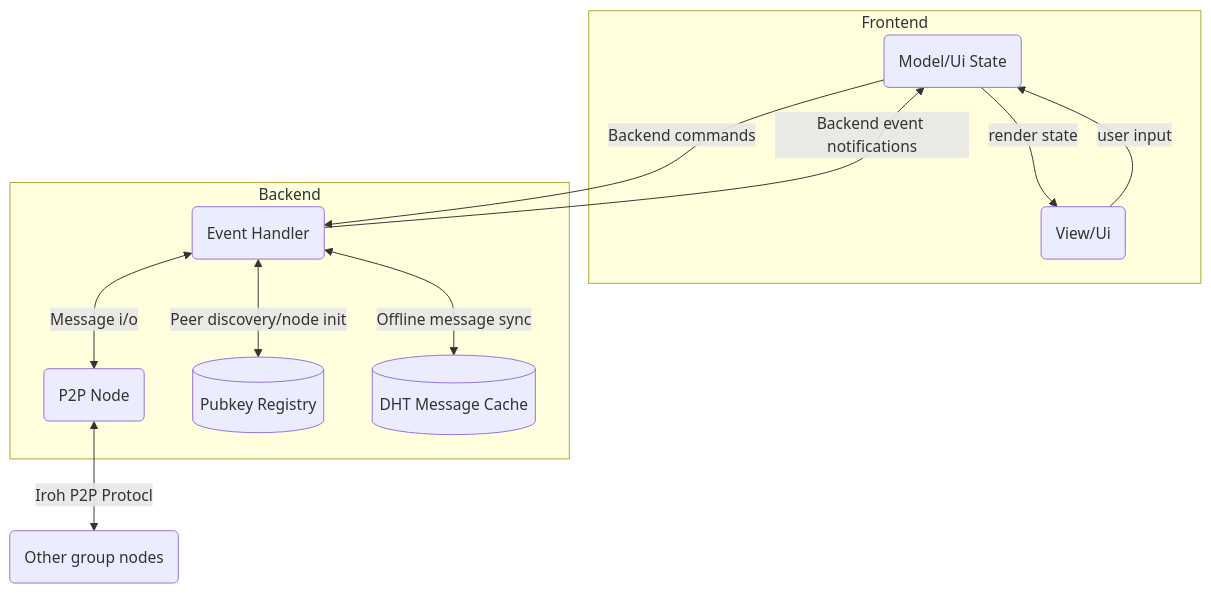
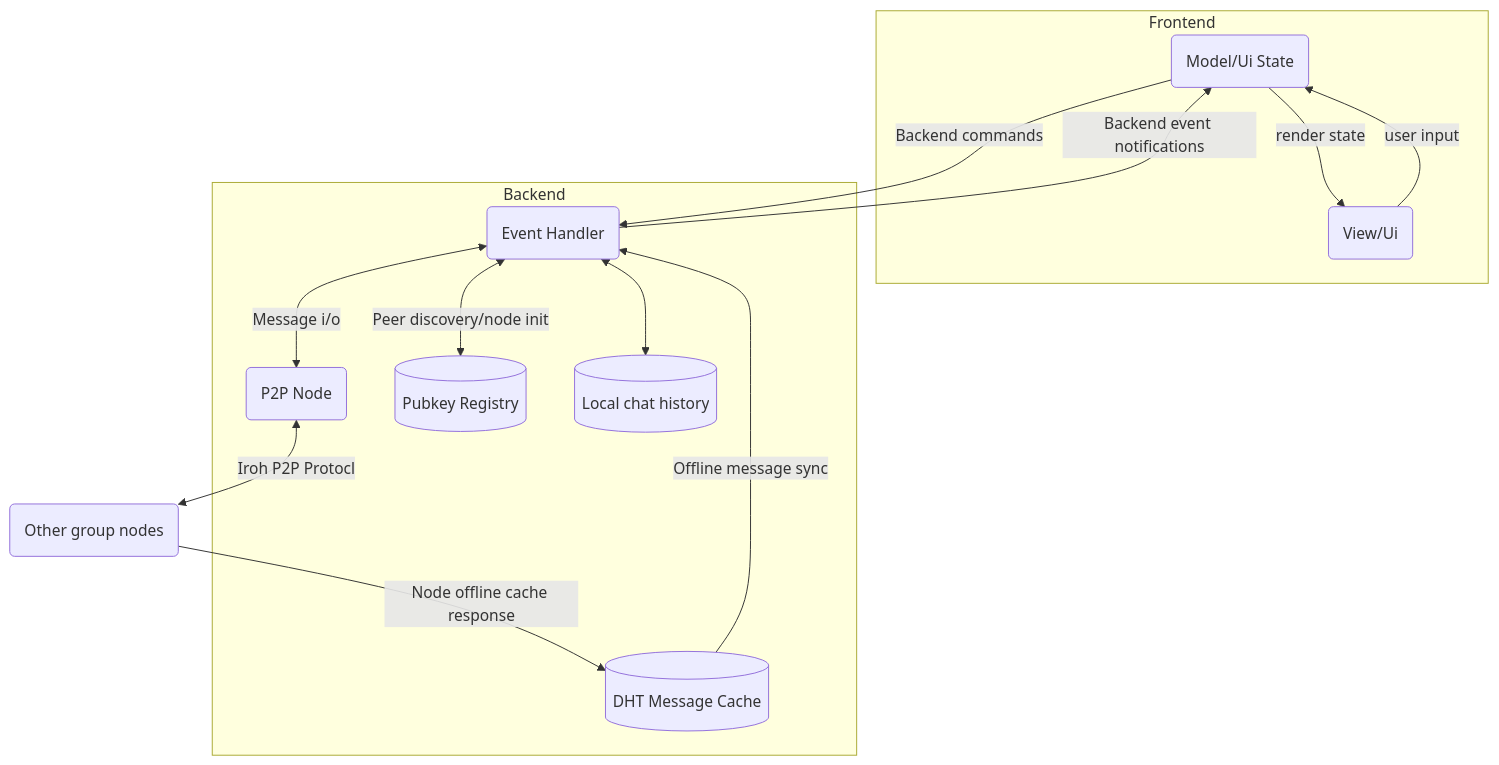
The diagram in README.md (GabrielNakamoto/juus), drawn with Mermaid before and after one commit. The commit also changed 1 other file, not shown here.

Commit message:
Architecture polishing

````diff
--- a/README.md
+++ b/README.md
@@ -7,15 +7,17 @@
 ```mermaid
 flowchart TD
     subgraph Frontend
         X(Model/Ui State) -->|render state| B(View/Ui)
         B -->|user input| X
     end
     subgraph Backend
         C(Event Handler) <-->|Message i/o| Y(P2P Node)
 		C <-->|Peer discovery/node init| D[(Pubkey Registry)]
-        C <-->|Offline message sync| F[(DHT Message Cache)]
+        F[(DHT Message Cache)] -->|Offline message sync| C
+        C <--> Z[(Local chat history)]
     end
     X -->|Backend commands|C
     C -->|Backend event notifications|X
     Y <-->|Iroh P2P Protocl| E(Other group nodes)
+    E -->|Node offline cache response| F
 ```
````
